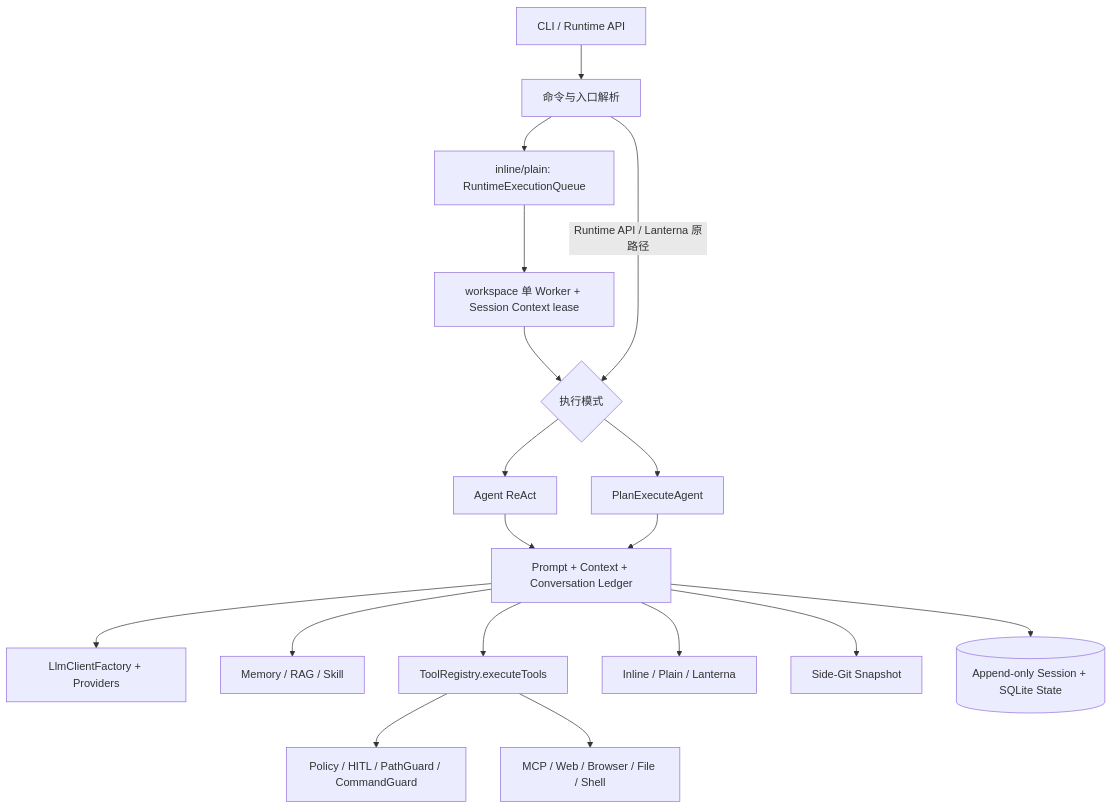
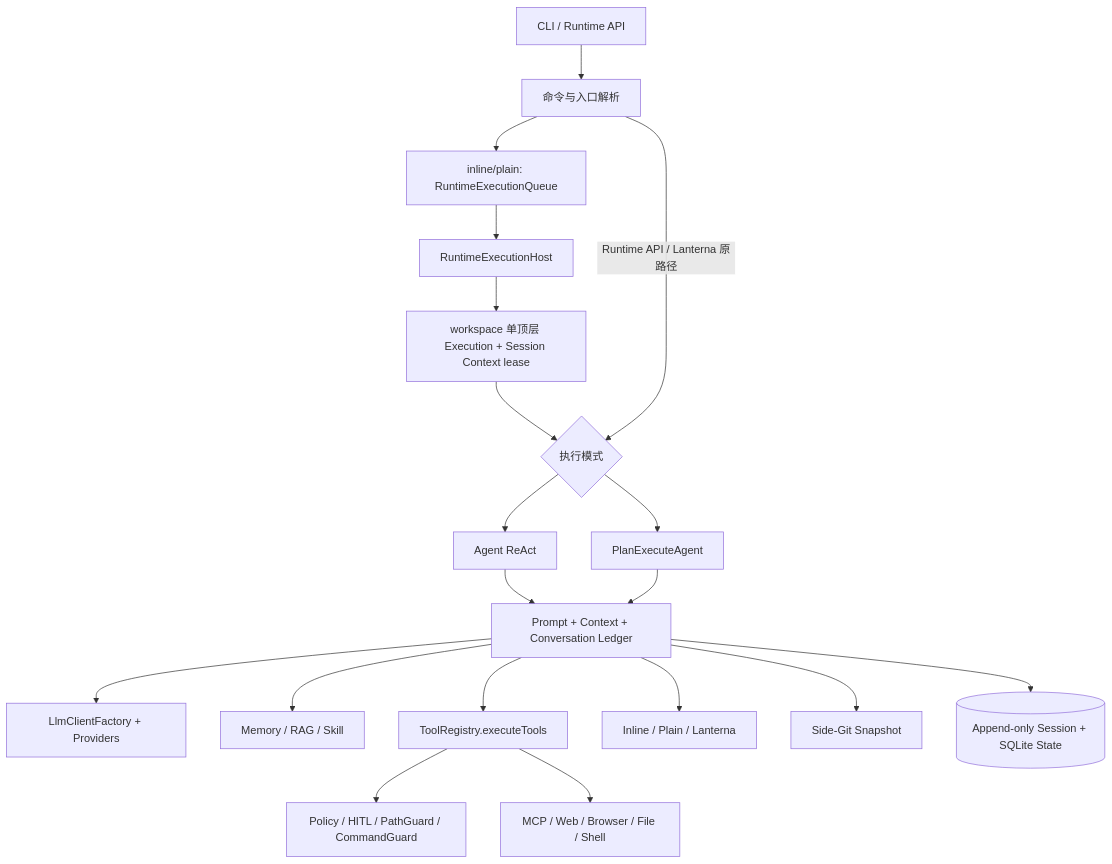
One commit to zgjdev/Code-Agent changed the diagram in README.md. Above: the diagram before and after it, drawn with Mermaid. The commit also changed other lines of this file and 4 other files, not shown here.

Commit message:
docs(runtime): document multi-workspace scheduling and verification

````diff
--- a/README.md
+++ b/README.md
@@ -423,20 +425,21 @@
 ```mermaid
 graph TB
     CLI[CLI / Runtime API] --> ENTRY[命令与入口解析]
     ENTRY --> QUEUE[inline/plain: RuntimeExecutionQueue]
-    QUEUE --> WORKER[workspace 单 Worker + Session Context lease]
+    QUEUE --> HOST[RuntimeExecutionHost]
+    HOST --> WORKER[workspace 单顶层 Execution + Session Context lease]
     WORKER --> MODE{执行模式}
     ENTRY -->|Runtime API / Lanterna 原路径| MODE
     MODE --> REACT[Agent ReAct]
     MODE --> PLAN[PlanExecuteAgent]
     REACT --> CORE[Prompt + Context + Conversation Ledger]
     PLAN --> CORE
     CORE --> LLM[LlmClientFactory + Providers]
     CORE --> MEMORY[Memory / RAG / Skill]
     CORE --> TOOLS[ToolRegistry.executeTools]
     TOOLS --> POLICY[Policy / HITL / PathGuard / CommandGuard]
     TOOLS --> EXT[MCP / Web / Browser / File / Shell]
     CORE --> RENDER[Inline / Plain / Lanterna]
     CORE --> SNAP[Side-Git Snapshot]
     CORE --> SESSION[(Append-only Session + SQLite State)]
 ```
````
